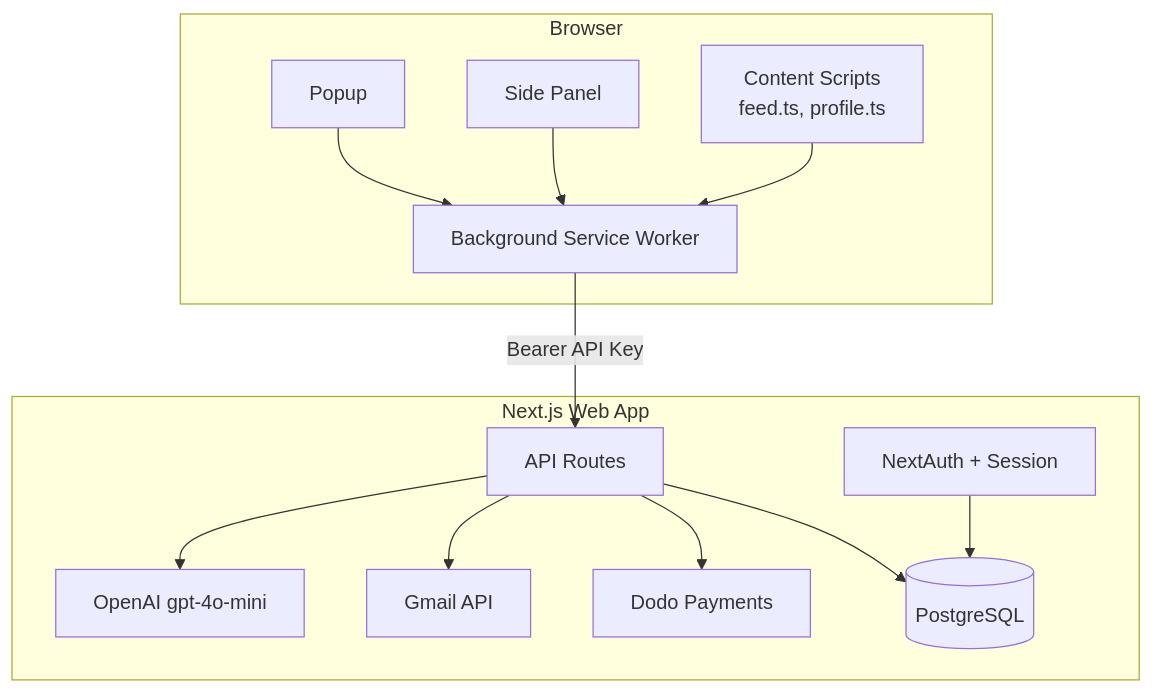
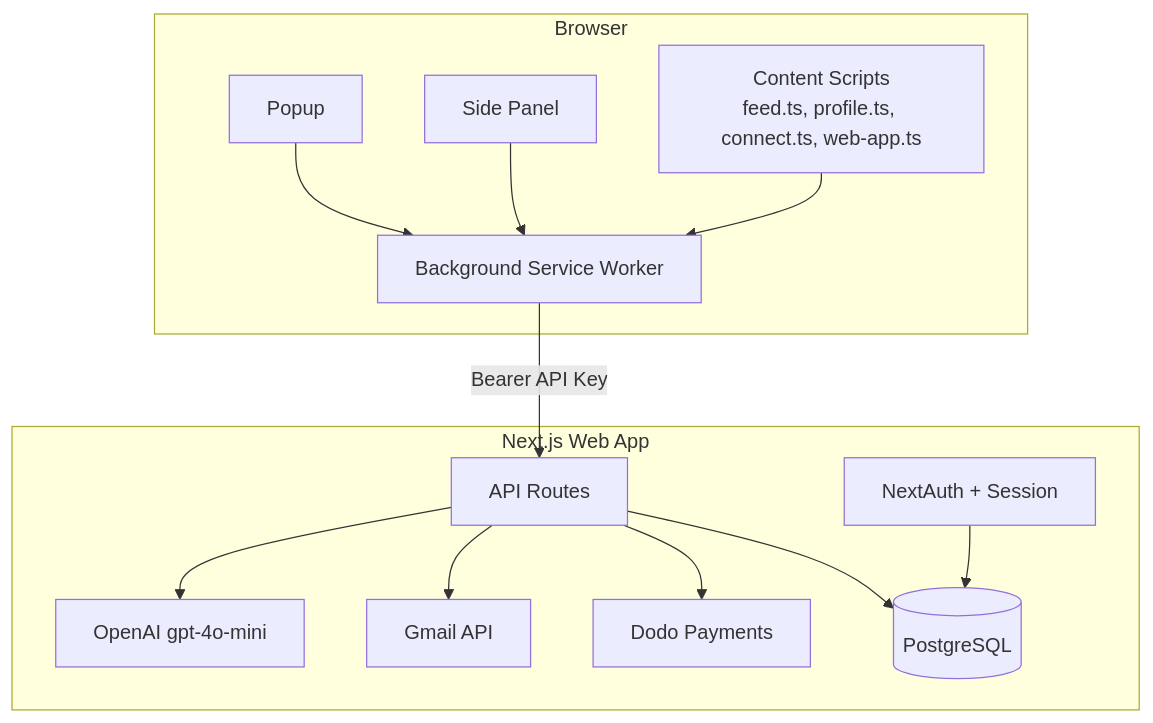
Before and after one commit to jaymehta002/draft-ai: the first of 4 diagrams in architechture.md, drawn with Mermaid. The commit also changed other lines of this file, not shown here.

Commit message:
docs: update architecture documentation with detailed package stack versions, known dead code, and enhanced section on authentication and email sync processes

````diff
--- a/architechture.md
+++ b/architechture.md
@@ -19,28 +19,28 @@
 ```mermaid
 flowchart TB
   subgraph client [Browser]
-    CS[Content Scripts<br/>feed.ts, profile.ts]
+    CS[Content Scripts<br/>feed.ts, profile.ts, connect.ts, web-app.ts]
     SP[Side Panel]
     BG[Background Service Worker]
     POP[Popup]
   end
 
   subgraph web [Next.js Web App]
     API[API Routes]
     AUTH[NextAuth + Session]
     AI[OpenAI gpt-4o-mini]
     GMAIL[Gmail API]
     BILL[Dodo Payments]
     DB[(PostgreSQL)]
   end
 
   CS --> BG
   SP --> BG
   POP --> BG
   BG -->|Bearer API Key| API
   AUTH --> DB
   API --> DB
   API --> AI
   API --> GMAIL
   API --> BILL
 ```
````
